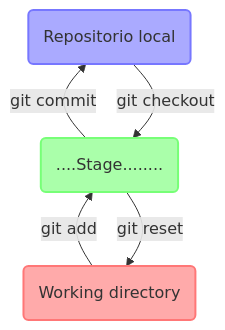
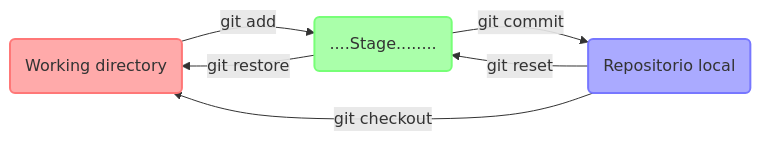
The first of 6 diagrams in _clases/git.md (ramespada/sintaxis), drawn with Mermaid before and after one commit. The commit also changed other lines of this file and 4 other files, not shown here.

````diff
--- a/_clases/git.md
+++ b/_clases/git.md
@@ -33,13 +49,14 @@
 ```mermaid
-flowchart BT
+flowchart LR
 W(Working directory);
 S(....Stage........);
 H(Repositorio local);
-H--git checkout-->S;
-S--git reset   -->W;
+H--git reset   -->S;
+S--git restore -->W;
+H--git checkout-->W;
 W--git add     -->S;
 S--git commit  -->H;
-    style W fill:#faa,stroke:#f77,stroke-width:2px,padding:20px
-    style S fill:#afa,stroke:#7f7,stroke-width:2px,padding:20px
-    style H fill:#aaf,stroke:#77f,stroke-width:2px,padding:20px 
+    style W textColor:#fff,fill:#faa,stroke:#f77,stroke-width:2px,padding:20px
+    style S textColor:#fff,fill:#afa,stroke:#7f7,stroke-width:2px,padding:20px
+    style H textColor:#fff,fill:#aaf,stroke:#77f,stroke-width:2px,padding:20px 
 ```
````
